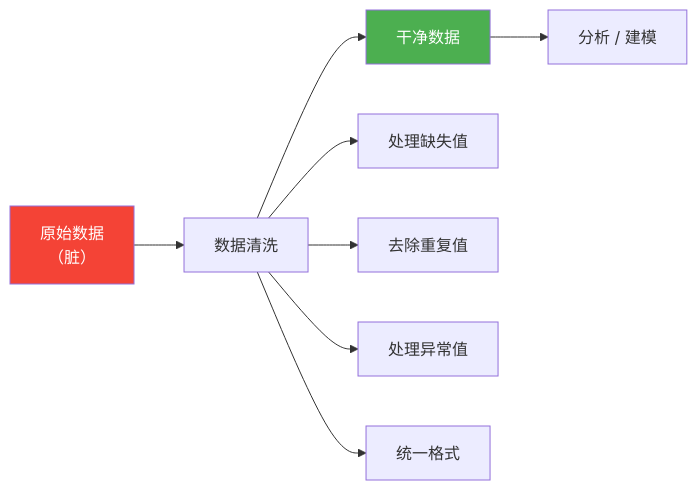
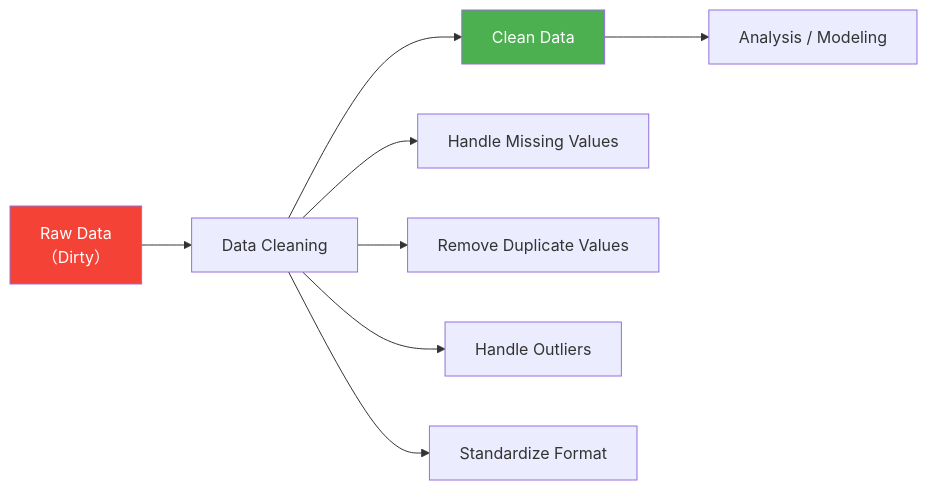
The diagram in docs/ch03-data-analysis/ch03-pandas/04-data-cleaning.md (oudbiao/AI-fullstack-course), drawn with Mermaid before and after one commit. The commit also changed other lines of this file and 1406 other files, not shown here.

````diff
--- a/docs/ch03-data-analysis/ch03-pandas/04-data-cleaning.md
+++ b/docs/ch03-data-analysis/ch03-pandas/04-data-cleaning.md
@@ -47,14 +47,14 @@
 ```mermaid
 flowchart LR
-    A["原始数据<br/>（脏）"] --> B["数据清洗"]
-    B --> C["干净数据"]
-    C --> D["分析 / 建模"]
+    A["Raw Data<br/>（Dirty）"] --> B["Data Cleaning"]
+    B --> C["Clean Data"]
+    C --> D["Analysis / Modeling"]
 
-    B --> B1["处理缺失值"]
-    B --> B2["去除重复值"]
-    B --> B3["处理异常值"]
-    B --> B4["统一格式"]
+    B --> B1["Handle Missing Values"]
+    B --> B2["Remove Duplicate Values"]
+    B --> B3["Handle Outliers"]
+    B --> B4["Standardize Format"]
 
     style A fill:#f44336,color:#fff
     style C fill:#4caf50,color:#fff
 ```
````
